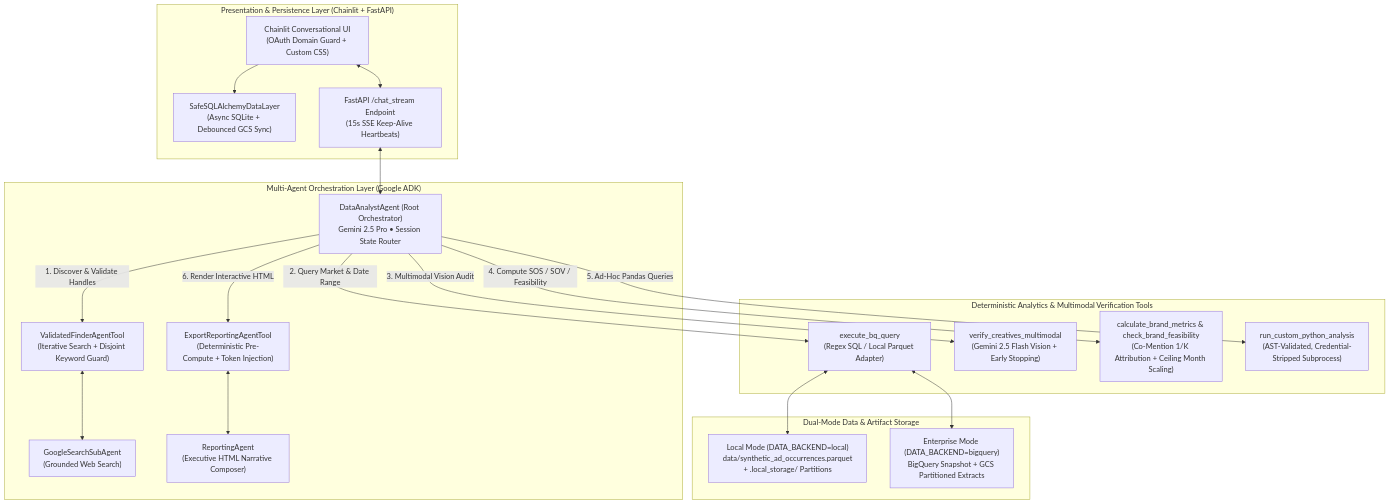
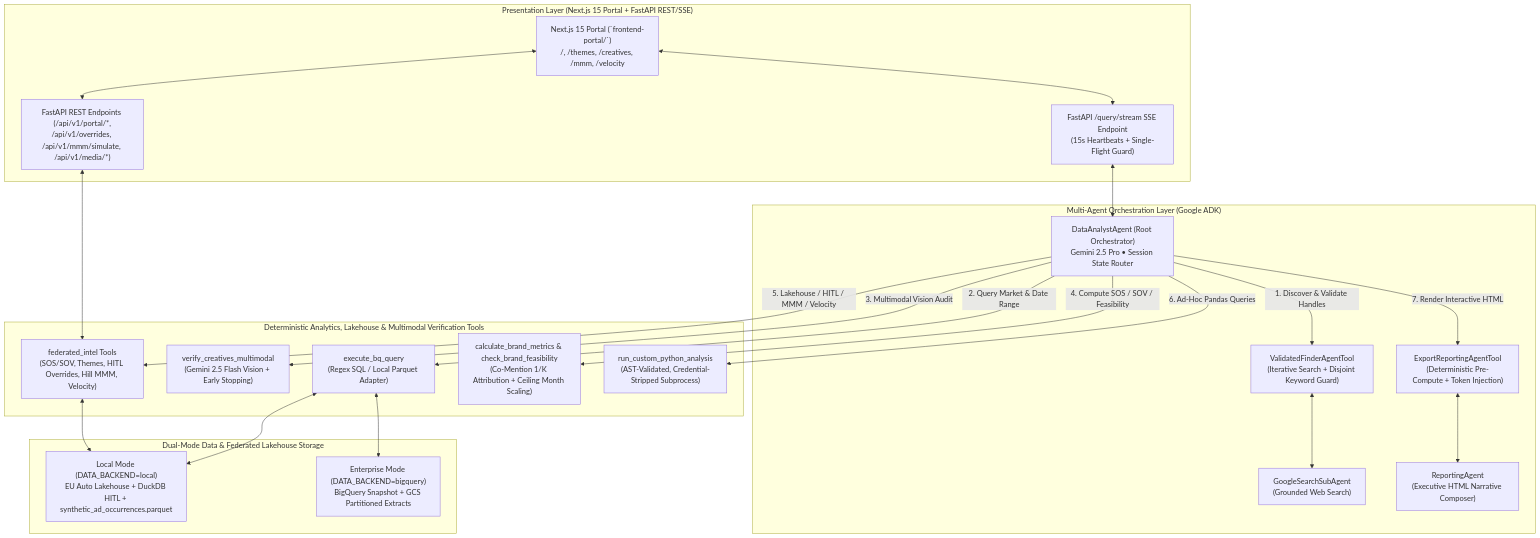
Before and after one commit to citycheah/brand-analytics-agent: the diagram in README.md, drawn with Mermaid. The commit also changed other lines of this file and 4 other files, not shown here.

Commit message:
chore(ci): pin intel-core v0.1.0, add frontend-portal CI & Dockerfile git support, update README

````diff
--- a/README.md
+++ b/README.md
@@ -46,43 +47,47 @@
 ```mermaid
 flowchart TB
-    subgraph Frontend["Presentation & Persistence Layer (Chainlit + FastAPI)"]
-        UI["Chainlit Conversational UI<br/>(OAuth Domain Guard + Custom CSS)"]
-        DataLayer["SafeSQLAlchemyDataLayer<br/>(Async SQLite + Debounced GCS Sync)"]
-        SSE["FastAPI /chat_stream Endpoint<br/>(15s SSE Keep-Alive Heartbeats)"]
+    subgraph Frontend["Presentation Layer (Next.js 15 Portal + FastAPI REST/SSE)"]
+        UI["Next.js 15 Portal (`frontend-portal/`)<br/>/, /themes, /creatives, /mmm, /velocity"]
+        PortalAPI["FastAPI REST Endpoints (/api/v1/portal/*,<br/>/api/v1/overrides, /api/v1/mmm/simulate, /api/v1/media/*)"]
+        SSE["FastAPI /query/stream SSE Endpoint<br/>(15s Heartbeats + Single-Flight Guard)"]
     end
 
     subgraph Orchestration["Multi-Agent Orchestration Layer (Google ADK)"]
         RootAgent["DataAnalystAgent (Root Orchestrator)<br/>Gemini 2.5 Pro • Session State Router"]
         FinderTool["ValidatedFinderAgentTool<br/>(Iterative Search + Disjoint Keyword Guard)"]
         SearchSub["GoogleSearchSubAgent<br/>(Grounded Web Search)"]
         ReportTool["ExportReportingAgentTool<br/>(Deterministic Pre-Compute + Token Injection)"]
         ReportSub["ReportingAgent<br/>(Executive HTML Narrative Composer)"]
     end
 
-    subgraph Tools["Deterministic Analytics & Multimodal Verification Tools"]
+    subgraph Tools["Deterministic Analytics, Lakehouse & Multimodal Verification Tools"]
         BQTool["execute_bq_query<br/>(Regex SQL / Local Parquet Adapter)"]
         VerifyTool["verify_creatives_multimodal<br/>(Gemini 2.5 Flash Vision + Early Stopping)"]
+        FedTool["federated_intel Tools<br/>(SOS/SOV, Themes, HITL Overrides, Hill MMM, Velocity)"]
         MetricsTool["calculate_brand_metrics & check_brand_feasibility<br/>(Co-Mention 1/K Attribution + Ceiling Month Scaling)"]
         SandboxTool["run_custom_python_analysis<br/>(AST-Validated, Credential-Stripped Subprocess)"]
     end
 
-    subgraph Storage["Dual-Mode Data & Artifact Storage"]
-        LocalStore["Local Mode (DATA_BACKEND=local)<br/>data/synthetic_ad_occurrences.parquet<br/>+ .local_storage/ Partitions"]
+    subgraph Storage["Dual-Mode Data & Federated Lakehouse Storage"]
+        LocalStore["Local Mode (DATA_BACKEND=local)<br/>EU Auto Lakehouse + DuckDB HITL + synthetic_ad_occurrences.parquet"]
         CloudStore["Enterprise Mode (DATA_BACKEND=bigquery)<br/>BigQuery Snapshot + GCS Partitioned Extracts"]
     end
 
+    UI <--> PortalAPI
     UI <--> SSE
-    UI --> DataLayer
     SSE <--> RootAgent
+    PortalAPI <--> FedTool
 
     RootAgent -->|"1. Discover & Validate Handles"| FinderTool
     FinderTool <--> SearchSub
     RootAgent -->|"2. Query Market & Date Range"| BQTool
     BQTool <--> LocalStore
     BQTool <--> CloudStore
     RootAgent -->|"3. Multimodal Vision Audit"| VerifyTool
     RootAgent -->|"4. Compute SOS / SOV / Feasibility"| MetricsTool
-    RootAgent -->|"5. Ad-Hoc Pandas Queries"| SandboxTool
-    RootAgent -->|"6. Render Interactive HTML"| ReportTool
+    RootAgent -->|"5. Lakehouse / HITL / MMM / Velocity"| FedTool
+    FedTool <--> LocalStore
+    RootAgent -->|"6. Ad-Hoc Pandas Queries"| SandboxTool
+    RootAgent -->|"7. Render Interactive HTML"| ReportTool
     ReportTool <--> ReportSub
 ```
````
